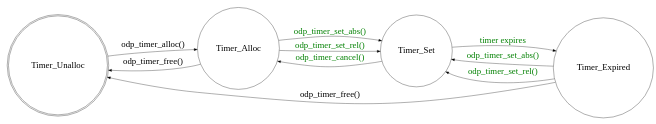
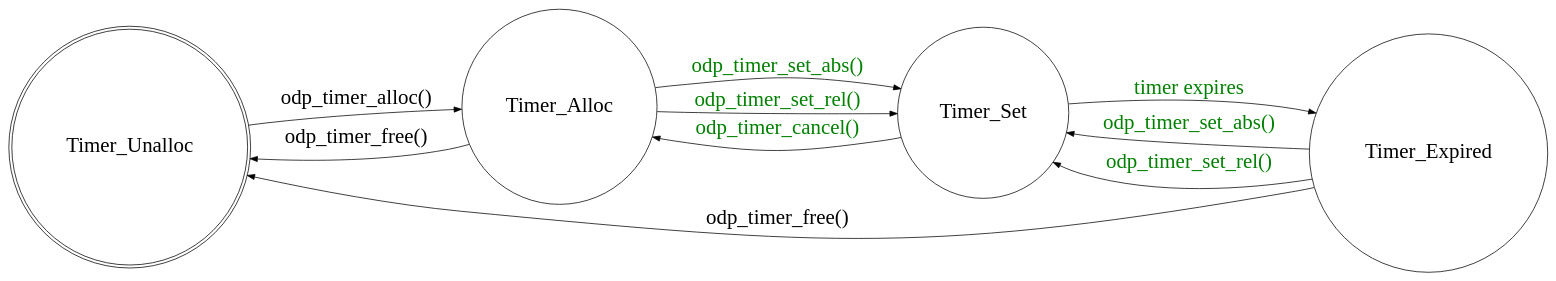
Before and after one commit to OpenDataPlane/odp: the diagram in doc/images/timer_fsm.gv, drawn with Graphviz. The commit also changed 2 other files, not shown here.

```diff
--- a/doc/images/timer_fsm.gv
+++ b/doc/images/timer_fsm.gv
@@ -1,20 +1,19 @@
 digraph timer_state_machine {
 	rankdir=LR;
-	size="12,20";
 	node [fontsize=28];
 	edge [fontsize=28];
 	node [shape=doublecircle]; Timer_Unalloc;
 	node [shape=circle]; Timer_Alloc Timer_Set Timer_Expired
 	Timer_Unalloc -> Timer_Alloc [label="odp_timer_alloc()"];
 	Timer_Alloc -> Timer_Unalloc [label="odp_timer_free()"];
 	Timer_Alloc -> Timer_Set [fontcolor=green,label="odp_timer_set_abs()"];
 	Timer_Alloc -> Timer_Set [fontcolor=green,label="odp_timer_set_rel()"];
 	Timer_Set -> Timer_Alloc [fontcolor=green,label="odp_timer_cancel()"];
 	Timer_Set -> Timer_Expired [fontcolor=green,label="timer expires"];
 	Timer_Expired -> Timer_Unalloc [label="odp_timer_free()"];
 	Timer_Expired -> Timer_Set [fontcolor=green,
 				   label="odp_timer_set_abs()"];
 	Timer_Expired -> Timer_Set [fontcolor=green,
 				   label="odp_timer_set_rel()"];
 
 }
```
